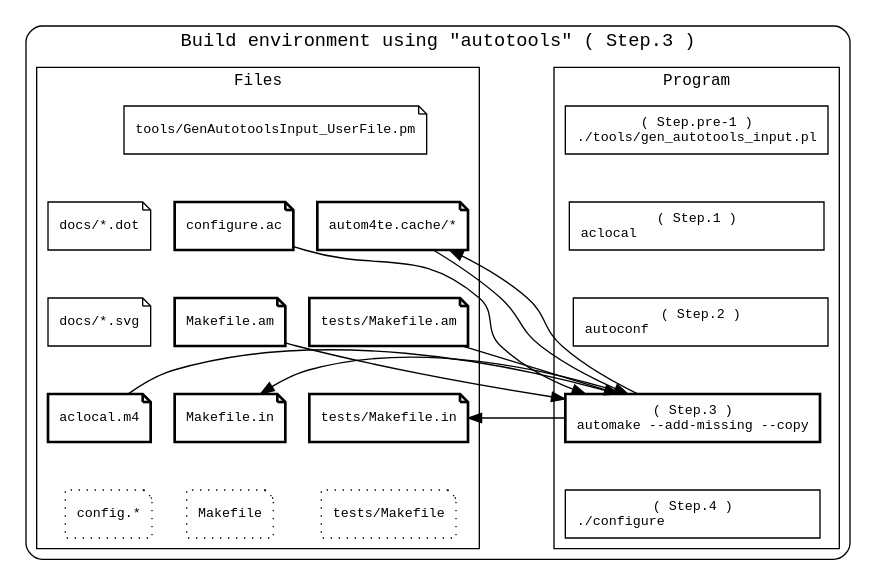
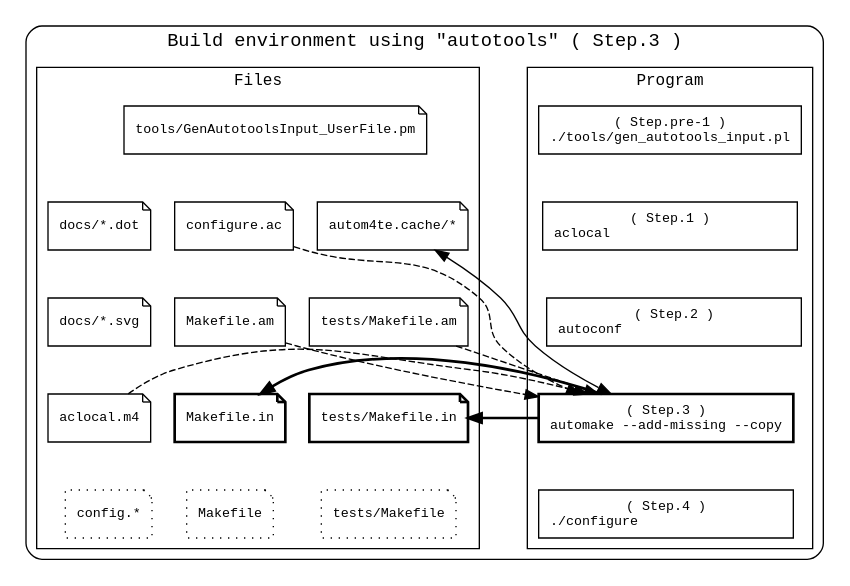
One commit to tomyama-code/tomyama_script_collection changed the diagram in docs/img/devel_step_1_3.dot. Above: the diagram before and after it, drawn with Graphviz. The commit also changed 36 other files, not shown here.

```diff
--- a/docs/img/devel_step_1_3.dot
+++ b/docs/img/devel_step_1_3.dot
@@ -1,89 +1,91 @@
 // File: docs/devel_step_0.dot
 // Author: tomyama
 // Purpose: Development workflow diagram
 
 digraph physical_directory_structure {
     newrank=true
     constraint=false
 
     // 全体に等幅フォントを適用
     //   ex) "monospace", "Courier", "Courier New", "Consolas", "Monaco"
     graph [fontname="monospace"]
     node  [fontname="monospace", fontsize=10, penwidth=1]
     edge  [fontname="monospace"]
 
     // 図全体を囲うクラスタ
     subgraph cluster_all {
 
         label = "Build environment using \"autotools\" ( Step.3 )"
         style = "rounded"   // 角を丸くする
         color = "black"     // 枠線の色
         penwidth = 1        // 枠線の太さ
 
         // プログラム
         subgraph cluster_program {
             label = "Program"
             style = "solid"
             penwidth = 1        // 枠線の太さ
             fontsize=12
             {
                 edge [style=invis];
                 program01 -> program02 -> program03 -> program04 -> program05
             }
             program01 [shape=box, style=solid , label="( Step.pre-1 )\n./tools/gen_autotools_input.pl"]
             program02 [shape=box, style=solid , label="( Step.1 )\naclocal                      "]
             program03 [shape=box, style=solid , label="( Step.2 )\nautoconf                     "]
             program04 [shape=box, style=solid , label="( Step.3 )\nautomake --add-missing --copy", penwidth=2]
             program05 [shape=box, style=solid , label="( Step.4 )\n./configure                  "]
         }
 
         // ファイル
         subgraph cluster_file {
             label = "Files"
             style = "solid"
             penwidth = 1        // 枠線の太さ
             fontsize=12
             {
                 edge [style=invis];
                 file13 -> file01 -> file02 -> file03 -> file04
                 file13 -> file05 -> file06 -> file07 -> file08
                 file13 -> file09 -> file10 -> file11 -> file12
             }
 
             file13 [shape=note, style=solid , label="tools/GenAutotoolsInput_UserFile.pm"]
             file01 [shape=note, style=solid , label="docs/*.dot"]
             file02 [shape=note, style=solid , label="docs/*.svg"]
-            file03 [shape=note, style=solid , label="aclocal.m4", penwidth=2]
+            file03 [shape=note, style=solid , label="aclocal.m4"]
             file04 [shape=note, style=dotted, label="config.*"]
-            file05 [shape=note, style=solid , label="configure.ac", penwidth=2]
-            file06 [shape=note, style=solid , label="Makefile.am", penwidth=2]
+            file05 [shape=note, style=solid , label="configure.ac"]
+            file06 [shape=note, style=solid , label="Makefile.am"]
             file07 [shape=note, style=solid , label="Makefile.in", penwidth=2]
             file08 [shape=note, style=dotted, label="Makefile"]
-            file09 [shape=note, style=solid  , label="autom4te.cache/*", penwidth=2]
-            file10 [shape=note, style=solid , label="tests/Makefile.am", penwidth=2]
+            file09 [shape=note, style=solid , label="autom4te.cache/*"]
+            file10 [shape=note, style=solid , label="tests/Makefile.am"]
             file11 [shape=note, style=solid , label="tests/Makefile.in", penwidth=2]
             file12 [shape=note, style=dotted, label="tests/Makefile"]
         }
 
         {
             edge [style=invis];
             file13 -> program01
             file01 -> file05 -> file09 -> program02
             file02 -> file06 -> file10 -> program03
             file03 -> file07 -> file11 -> program04
             file04 -> file08 -> file12 -> program05
         }
         {rank=same; program01; file13}
         {rank=same; program02; file01; file05; file09}
         {rank=same; program03; file02; file06; file10}
         {rank=same; program04; file03; file07; file11}
         {rank=same; program05; file04; file08; file12}
 
         // スクリプトとドキュメントの関係
-        file03 -> program04
-        file05 -> program04
-        file06 -> program04 -> file07
-        file10 -> program04 -> file11
-        file09 -> program04 -> file09
+        file03 -> program04 [style=dashed]
+        file05 -> program04 [style=dashed]
+        file06 -> program04 [style=dashed]
+        file10 -> program04 [style=dashed]
+        file09 -> program04 [dir=both]
+        program04 -> file07 [style=bold]
+        program04 -> file11 [style=bold]
     }
 }
```
